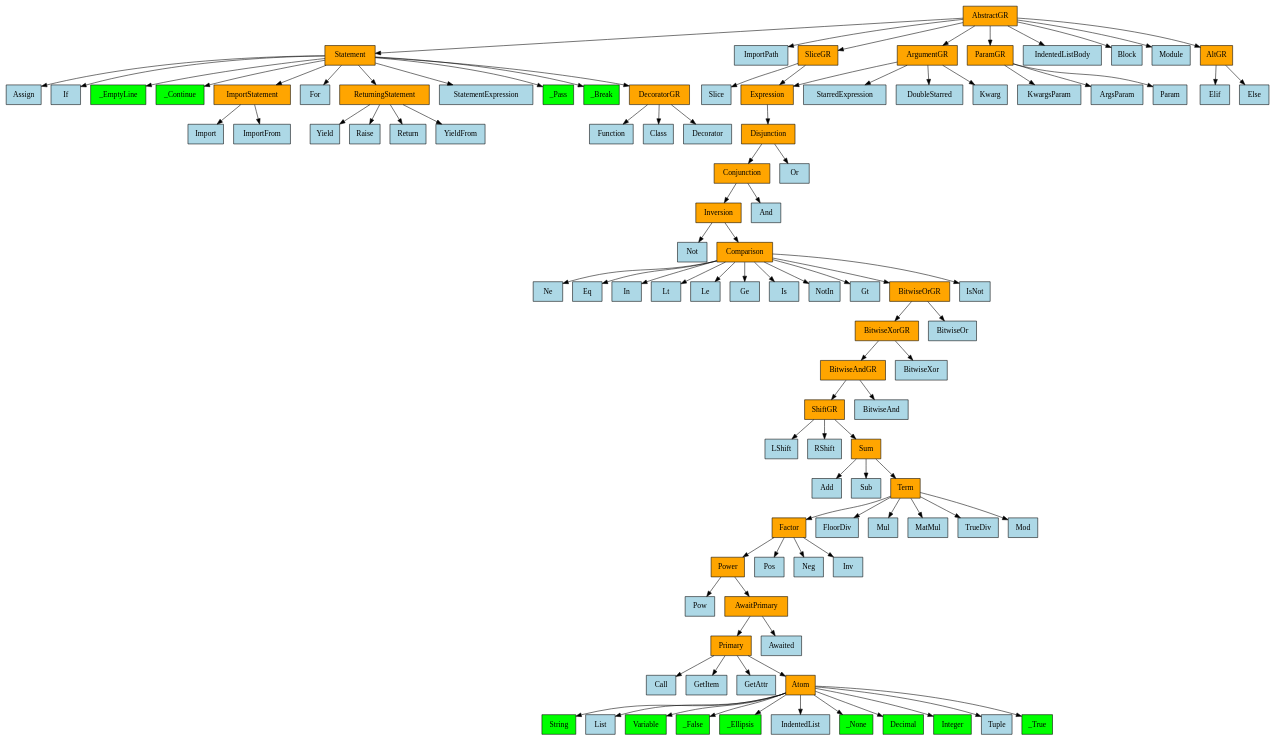
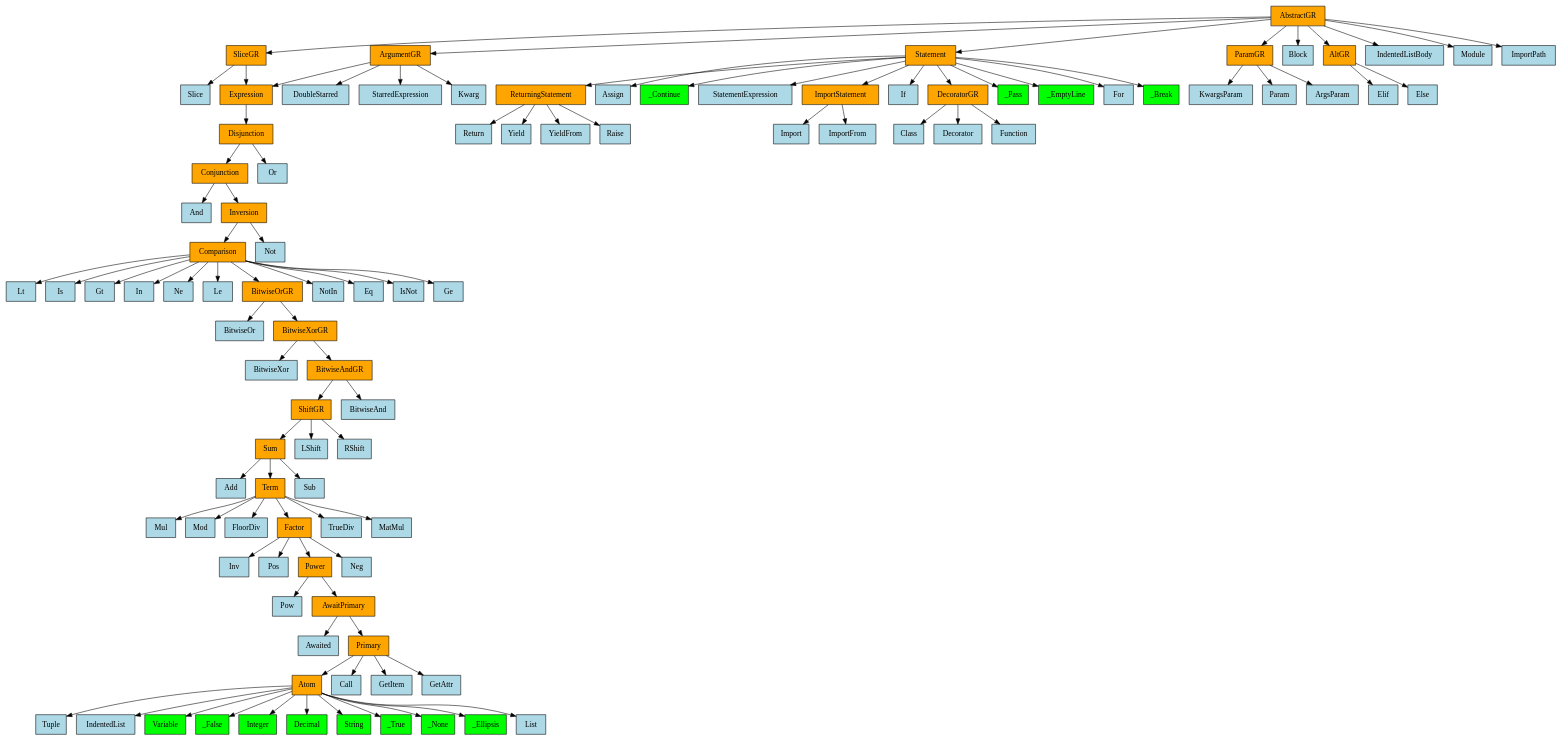
Before and after one commit to GabrielAmare/Language: the diagram in language/base/python/v3_10_0/mro_graph.gv, drawn with Graphviz. The commit also changed 3 other files, not shown here.

```diff
--- a/language/base/python/v3_10_0/mro_graph.gv
+++ b/language/base/python/v3_10_0/mro_graph.gv
@@ -1,200 +1,200 @@
 digraph {
 	0 [label=AbstractGR fillcolor=orange shape=rect style=filled]
-	1 [label=Statement fillcolor=orange shape=rect style=filled]
-	2 [label=ImportPath fillcolor=lightblue shape=rect style=filled]
-	3 [label=ArgumentGR fillcolor=orange shape=rect style=filled]
-	4 [label=ParamGR fillcolor=orange shape=rect style=filled]
-	5 [label=IndentedListBody fillcolor=lightblue shape=rect style=filled]
-	6 [label=Block fillcolor=lightblue shape=rect style=filled]
-	7 [label=SliceGR fillcolor=orange shape=rect style=filled]
-	8 [label=Module fillcolor=lightblue shape=rect style=filled]
-	9 [label=AltGR fillcolor=orange shape=rect style=filled]
-	10 [label=Assign fillcolor=lightblue shape=rect style=filled]
-	11 [label=If fillcolor=lightblue shape=rect style=filled]
-	12 [label=_EmptyLine fillcolor=lime shape=rect style=filled]
-	13 [label=_Continue fillcolor=lime shape=rect style=filled]
+	1 [label=SliceGR fillcolor=orange shape=rect style=filled]
+	2 [label=Statement fillcolor=orange shape=rect style=filled]
+	3 [label=ParamGR fillcolor=orange shape=rect style=filled]
+	4 [label=Block fillcolor=lightblue shape=rect style=filled]
+	5 [label=AltGR fillcolor=orange shape=rect style=filled]
+	6 [label=IndentedListBody fillcolor=lightblue shape=rect style=filled]
+	7 [label=Module fillcolor=lightblue shape=rect style=filled]
+	8 [label=ImportPath fillcolor=lightblue shape=rect style=filled]
+	9 [label=ArgumentGR fillcolor=orange shape=rect style=filled]
+	10 [label=ReturningStatement fillcolor=orange shape=rect style=filled]
+	11 [label=Assign fillcolor=lightblue shape=rect style=filled]
+	12 [label=_Continue fillcolor=lime shape=rect style=filled]
+	13 [label=StatementExpression fillcolor=lightblue shape=rect style=filled]
 	14 [label=ImportStatement fillcolor=orange shape=rect style=filled]
-	15 [label=For fillcolor=lightblue shape=rect style=filled]
-	16 [label=ReturningStatement fillcolor=orange shape=rect style=filled]
-	17 [label=StatementExpression fillcolor=lightblue shape=rect style=filled]
-	18 [label=_Pass fillcolor=lime shape=rect style=filled]
-	19 [label=_Break fillcolor=lime shape=rect style=filled]
-	20 [label=DecoratorGR fillcolor=orange shape=rect style=filled]
-	21 [label=Yield fillcolor=lightblue shape=rect style=filled]
-	22 [label=Raise fillcolor=lightblue shape=rect style=filled]
-	23 [label=Return fillcolor=lightblue shape=rect style=filled]
-	24 [label=YieldFrom fillcolor=lightblue shape=rect style=filled]
-	25 [label=Function fillcolor=lightblue shape=rect style=filled]
-	26 [label=Class fillcolor=lightblue shape=rect style=filled]
-	27 [label=Decorator fillcolor=lightblue shape=rect style=filled]
+	15 [label=If fillcolor=lightblue shape=rect style=filled]
+	16 [label=DecoratorGR fillcolor=orange shape=rect style=filled]
+	17 [label=_Pass fillcolor=lime shape=rect style=filled]
+	18 [label=_EmptyLine fillcolor=lime shape=rect style=filled]
+	19 [label=For fillcolor=lightblue shape=rect style=filled]
+	20 [label=_Break fillcolor=lime shape=rect style=filled]
+	21 [label=Return fillcolor=lightblue shape=rect style=filled]
+	22 [label=Yield fillcolor=lightblue shape=rect style=filled]
+	23 [label=YieldFrom fillcolor=lightblue shape=rect style=filled]
+	24 [label=Raise fillcolor=lightblue shape=rect style=filled]
+	25 [label=Class fillcolor=lightblue shape=rect style=filled]
+	26 [label=Decorator fillcolor=lightblue shape=rect style=filled]
+	27 [label=Function fillcolor=lightblue shape=rect style=filled]
 	28 [label=Import fillcolor=lightblue shape=rect style=filled]
 	29 [label=ImportFrom fillcolor=lightblue shape=rect style=filled]
 	30 [label=Elif fillcolor=lightblue shape=rect style=filled]
 	31 [label=Else fillcolor=lightblue shape=rect style=filled]
 	32 [label=KwargsParam fillcolor=lightblue shape=rect style=filled]
-	33 [label=ArgsParam fillcolor=lightblue shape=rect style=filled]
-	34 [label=Param fillcolor=lightblue shape=rect style=filled]
-	35 [label=Expression fillcolor=orange shape=rect style=filled]
-	36 [label=Slice fillcolor=lightblue shape=rect style=filled]
+	33 [label=Param fillcolor=lightblue shape=rect style=filled]
+	34 [label=ArgsParam fillcolor=lightblue shape=rect style=filled]
+	35 [label=Slice fillcolor=lightblue shape=rect style=filled]
+	36 [label=Expression fillcolor=orange shape=rect style=filled]
 	37 [label=Disjunction fillcolor=orange shape=rect style=filled]
 	38 [label=Conjunction fillcolor=orange shape=rect style=filled]
 	39 [label=Or fillcolor=lightblue shape=rect style=filled]
-	40 [label=Inversion fillcolor=orange shape=rect style=filled]
-	41 [label=And fillcolor=lightblue shape=rect style=filled]
-	42 [label=Not fillcolor=lightblue shape=rect style=filled]
-	43 [label=Comparison fillcolor=orange shape=rect style=filled]
-	44 [label=Ne fillcolor=lightblue shape=rect style=filled]
-	45 [label=Eq fillcolor=lightblue shape=rect style=filled]
-	46 [label=In fillcolor=lightblue shape=rect style=filled]
-	47 [label=Lt fillcolor=lightblue shape=rect style=filled]
-	48 [label=Le fillcolor=lightblue shape=rect style=filled]
-	49 [label=Ge fillcolor=lightblue shape=rect style=filled]
-	50 [label=Is fillcolor=lightblue shape=rect style=filled]
+	40 [label=And fillcolor=lightblue shape=rect style=filled]
+	41 [label=Inversion fillcolor=orange shape=rect style=filled]
+	42 [label=Comparison fillcolor=orange shape=rect style=filled]
+	43 [label=Not fillcolor=lightblue shape=rect style=filled]
+	44 [label=Lt fillcolor=lightblue shape=rect style=filled]
+	45 [label=Is fillcolor=lightblue shape=rect style=filled]
+	46 [label=Gt fillcolor=lightblue shape=rect style=filled]
+	47 [label=In fillcolor=lightblue shape=rect style=filled]
+	48 [label=Ne fillcolor=lightblue shape=rect style=filled]
+	49 [label=Le fillcolor=lightblue shape=rect style=filled]
+	50 [label=BitwiseOrGR fillcolor=orange shape=rect style=filled]
 	51 [label=NotIn fillcolor=lightblue shape=rect style=filled]
-	52 [label=Gt fillcolor=lightblue shape=rect style=filled]
-	53 [label=BitwiseOrGR fillcolor=orange shape=rect style=filled]
-	54 [label=IsNot fillcolor=lightblue shape=rect style=filled]
-	55 [label=BitwiseXorGR fillcolor=orange shape=rect style=filled]
-	56 [label=BitwiseOr fillcolor=lightblue shape=rect style=filled]
-	57 [label=BitwiseAndGR fillcolor=orange shape=rect style=filled]
-	58 [label=BitwiseXor fillcolor=lightblue shape=rect style=filled]
+	52 [label=Eq fillcolor=lightblue shape=rect style=filled]
+	53 [label=IsNot fillcolor=lightblue shape=rect style=filled]
+	54 [label=Ge fillcolor=lightblue shape=rect style=filled]
+	55 [label=BitwiseOr fillcolor=lightblue shape=rect style=filled]
+	56 [label=BitwiseXorGR fillcolor=orange shape=rect style=filled]
+	57 [label=BitwiseXor fillcolor=lightblue shape=rect style=filled]
+	58 [label=BitwiseAndGR fillcolor=orange shape=rect style=filled]
 	59 [label=ShiftGR fillcolor=orange shape=rect style=filled]
 	60 [label=BitwiseAnd fillcolor=lightblue shape=rect style=filled]
-	61 [label=LShift fillcolor=lightblue shape=rect style=filled]
-	62 [label=RShift fillcolor=lightblue shape=rect style=filled]
-	63 [label=Sum fillcolor=orange shape=rect style=filled]
+	61 [label=Sum fillcolor=orange shape=rect style=filled]
+	62 [label=LShift fillcolor=lightblue shape=rect style=filled]
+	63 [label=RShift fillcolor=lightblue shape=rect style=filled]
 	64 [label=Add fillcolor=lightblue shape=rect style=filled]
-	65 [label=Sub fillcolor=lightblue shape=rect style=filled]
-	66 [label=Term fillcolor=orange shape=rect style=filled]
-	67 [label=Factor fillcolor=orange shape=rect style=filled]
-	68 [label=FloorDiv fillcolor=lightblue shape=rect style=filled]
-	69 [label=Mul fillcolor=lightblue shape=rect style=filled]
-	70 [label=MatMul fillcolor=lightblue shape=rect style=filled]
+	65 [label=Term fillcolor=orange shape=rect style=filled]
+	66 [label=Sub fillcolor=lightblue shape=rect style=filled]
+	67 [label=Mul fillcolor=lightblue shape=rect style=filled]
+	68 [label=Mod fillcolor=lightblue shape=rect style=filled]
+	69 [label=FloorDiv fillcolor=lightblue shape=rect style=filled]
+	70 [label=Factor fillcolor=orange shape=rect style=filled]
 	71 [label=TrueDiv fillcolor=lightblue shape=rect style=filled]
-	72 [label=Mod fillcolor=lightblue shape=rect style=filled]
-	73 [label=Power fillcolor=orange shape=rect style=filled]
+	72 [label=MatMul fillcolor=lightblue shape=rect style=filled]
+	73 [label=Inv fillcolor=lightblue shape=rect style=filled]
 	74 [label=Pos fillcolor=lightblue shape=rect style=filled]
-	75 [label=Neg fillcolor=lightblue shape=rect style=filled]
-	76 [label=Inv fillcolor=lightblue shape=rect style=filled]
+	75 [label=Power fillcolor=orange shape=rect style=filled]
+	76 [label=Neg fillcolor=lightblue shape=rect style=filled]
 	77 [label=Pow fillcolor=lightblue shape=rect style=filled]
 	78 [label=AwaitPrimary fillcolor=orange shape=rect style=filled]
-	79 [label=Primary fillcolor=orange shape=rect style=filled]
-	80 [label=Awaited fillcolor=lightblue shape=rect style=filled]
-	81 [label=Call fillcolor=lightblue shape=rect style=filled]
-	82 [label=GetItem fillcolor=lightblue shape=rect style=filled]
-	83 [label=GetAttr fillcolor=lightblue shape=rect style=filled]
-	84 [label=Atom fillcolor=orange shape=rect style=filled]
-	85 [label=String fillcolor=lime shape=rect style=filled]
-	86 [label=List fillcolor=lightblue shape=rect style=filled]
+	79 [label=Awaited fillcolor=lightblue shape=rect style=filled]
+	80 [label=Primary fillcolor=orange shape=rect style=filled]
+	81 [label=Atom fillcolor=orange shape=rect style=filled]
+	82 [label=Call fillcolor=lightblue shape=rect style=filled]
+	83 [label=GetItem fillcolor=lightblue shape=rect style=filled]
+	84 [label=GetAttr fillcolor=lightblue shape=rect style=filled]
+	85 [label=Tuple fillcolor=lightblue shape=rect style=filled]
+	86 [label=IndentedList fillcolor=lightblue shape=rect style=filled]
 	87 [label=Variable fillcolor=lime shape=rect style=filled]
 	88 [label=_False fillcolor=lime shape=rect style=filled]
-	89 [label=_Ellipsis fillcolor=lime shape=rect style=filled]
-	90 [label=IndentedList fillcolor=lightblue shape=rect style=filled]
-	91 [label=_None fillcolor=lime shape=rect style=filled]
-	92 [label=Decimal fillcolor=lime shape=rect style=filled]
-	93 [label=Integer fillcolor=lime shape=rect style=filled]
-	94 [label=Tuple fillcolor=lightblue shape=rect style=filled]
-	95 [label=_True fillcolor=lime shape=rect style=filled]
-	96 [label=StarredExpression fillcolor=lightblue shape=rect style=filled]
-	97 [label=DoubleStarred fillcolor=lightblue shape=rect style=filled]
+	89 [label=Integer fillcolor=lime shape=rect style=filled]
+	90 [label=Decimal fillcolor=lime shape=rect style=filled]
+	91 [label=String fillcolor=lime shape=rect style=filled]
+	92 [label=_True fillcolor=lime shape=rect style=filled]
+	93 [label=_None fillcolor=lime shape=rect style=filled]
+	94 [label=_Ellipsis fillcolor=lime shape=rect style=filled]
+	95 [label=List fillcolor=lightblue shape=rect style=filled]
+	96 [label=DoubleStarred fillcolor=lightblue shape=rect style=filled]
+	97 [label=StarredExpression fillcolor=lightblue shape=rect style=filled]
 	98 [label=Kwarg fillcolor=lightblue shape=rect style=filled]
 	0 -> 1
 	0 -> 2
 	0 -> 3
 	0 -> 4
 	0 -> 5
 	0 -> 6
 	0 -> 7
 	0 -> 8
 	0 -> 9
-	1 -> 10
-	1 -> 11
-	1 -> 12
-	1 -> 13
-	1 -> 14
-	1 -> 15
-	1 -> 16
-	1 -> 17
-	1 -> 18
-	1 -> 19
-	1 -> 20
-	16 -> 21
-	16 -> 22
-	16 -> 23
-	16 -> 24
-	20 -> 25
-	20 -> 26
-	20 -> 27
+	2 -> 10
+	2 -> 11
+	2 -> 12
+	2 -> 13
+	2 -> 14
+	2 -> 15
+	2 -> 16
+	2 -> 17
+	2 -> 18
+	2 -> 19
+	2 -> 20
+	10 -> 21
+	10 -> 22
+	10 -> 23
+	10 -> 24
+	16 -> 25
+	16 -> 26
+	16 -> 27
 	14 -> 28
 	14 -> 29
-	9 -> 30
-	9 -> 31
-	4 -> 32
-	4 -> 33
-	4 -> 34
-	7 -> 35
-	7 -> 36
-	35 -> 37
+	5 -> 30
+	5 -> 31
+	3 -> 32
+	3 -> 33
+	3 -> 34
+	1 -> 35
+	1 -> 36
+	36 -> 37
 	37 -> 38
 	37 -> 39
 	38 -> 40
 	38 -> 41
-	40 -> 42
-	40 -> 43
-	43 -> 44
-	43 -> 45
-	43 -> 46
-	43 -> 47
-	43 -> 48
-	43 -> 49
-	43 -> 50
-	43 -> 51
-	43 -> 52
-	43 -> 53
-	43 -> 54
-	53 -> 55
-	53 -> 56
-	55 -> 57
-	55 -> 58
-	57 -> 59
-	57 -> 60
+	41 -> 42
+	41 -> 43
+	42 -> 44
+	42 -> 45
+	42 -> 46
+	42 -> 47
+	42 -> 48
+	42 -> 49
+	42 -> 50
+	42 -> 51
+	42 -> 52
+	42 -> 53
+	42 -> 54
+	50 -> 55
+	50 -> 56
+	56 -> 57
+	56 -> 58
+	58 -> 59
+	58 -> 60
 	59 -> 61
 	59 -> 62
 	59 -> 63
-	63 -> 64
-	63 -> 65
-	63 -> 66
-	66 -> 67
-	66 -> 68
-	66 -> 69
-	66 -> 70
-	66 -> 71
-	66 -> 72
-	67 -> 73
-	67 -> 74
-	67 -> 75
-	67 -> 76
-	73 -> 77
-	73 -> 78
+	61 -> 64
+	61 -> 65
+	61 -> 66
+	65 -> 67
+	65 -> 68
+	65 -> 69
+	65 -> 70
+	65 -> 71
+	65 -> 72
+	70 -> 73
+	70 -> 74
+	70 -> 75
+	70 -> 76
+	75 -> 77
+	75 -> 78
 	78 -> 79
 	78 -> 80
-	79 -> 81
-	79 -> 82
-	79 -> 83
-	79 -> 84
-	84 -> 85
-	84 -> 86
-	84 -> 87
-	84 -> 88
-	84 -> 89
-	84 -> 90
-	84 -> 91
-	84 -> 92
-	84 -> 93
-	84 -> 94
-	84 -> 95
-	3 -> 96
-	3 -> 97
-	3 -> 98
-	3 -> 35
+	80 -> 81
+	80 -> 82
+	80 -> 83
+	80 -> 84
+	81 -> 85
+	81 -> 86
+	81 -> 87
+	81 -> 88
+	81 -> 89
+	81 -> 90
+	81 -> 91
+	81 -> 92
+	81 -> 93
+	81 -> 94
+	81 -> 95
+	9 -> 96
+	9 -> 97
+	9 -> 36
+	9 -> 98
 }
```
